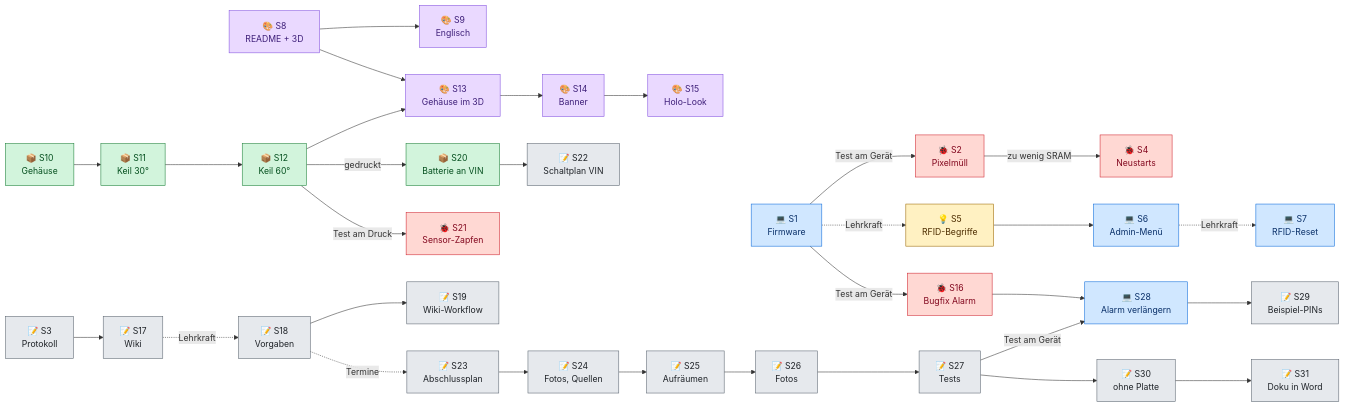
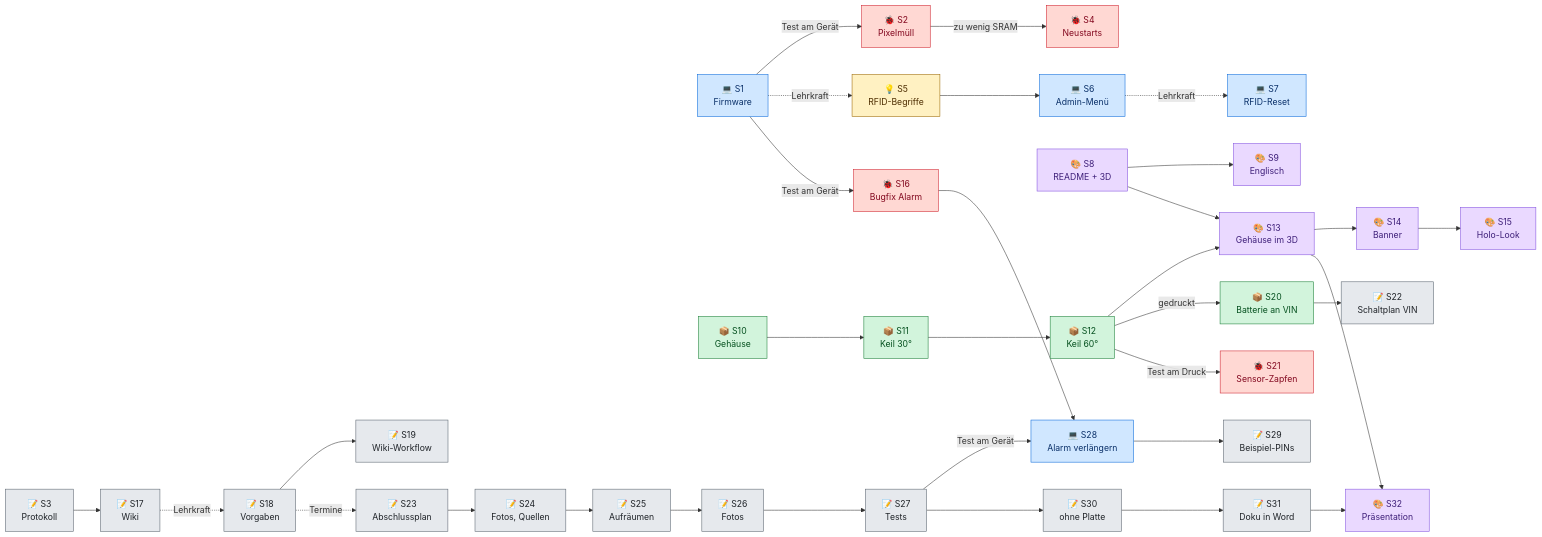
One commit to BBZ-AIFS51/LF7-Projekt_GAS changed the second of 3 diagrams in wiki/Entwicklungsverlauf.md. Above: the diagram before and after it, drawn with Mermaid. The commit also changed other lines of this file and 27 other files, not shown here.

````diff
--- a/wiki/Entwicklungsverlauf.md
+++ b/wiki/Entwicklungsverlauf.md
@@ -70,67 +71,69 @@
 ```mermaid
 flowchart LR
     P1["💻 S1<br/>Firmware"]
     P2["🐞 S2<br/>Pixelmüll"]
     P3["📝 S3<br/>Protokoll"]
     P4["🐞 S4<br/>Neustarts"]
     P5["💡 S5<br/>RFID-Begriffe"]
     P6["💻 S6<br/>Admin-Menü"]
     P7["💻 S7<br/>RFID-Reset"]
     P8["🎨 S8<br/>README + 3D"]
     P9["🎨 S9<br/>Englisch"]
     P10["📦 S10<br/>Gehäuse"]
     P11["📦 S11<br/>Keil 30°"]
     P12["📦 S12<br/>Keil 60°"]
     P13["🎨 S13<br/>Gehäuse im 3D"]
     P14["🎨 S14<br/>Banner"]
     P15["🎨 S15<br/>Holo-Look"]
     P16["🐞 S16<br/>Bugfix Alarm"]
     P17["📝 S17<br/>Wiki"]
     P18["📝 S18<br/>Vorgaben"]
     P19["📝 S19<br/>Wiki-Workflow"]
     P20["📦 S20<br/>Batterie an VIN"]
     P21["🐞 S21<br/>Sensor-Zapfen"]
     P22["📝 S22<br/>Schaltplan VIN"]
     P23["📝 S23<br/>Abschlussplan"]
     P24["📝 S24<br/>Fotos, Quellen"]
     P25["📝 S25<br/>Aufräumen"]
     P26["📝 S26<br/>Fotos"]
     P27["📝 S27<br/>Tests"]
     P28["💻 S28<br/>Alarm verlängern"]
     P29["📝 S29<br/>Beispiel-PINs"]
     P30["📝 S30<br/>ohne Platte"]
     P31["📝 S31<br/>Doku in Word"]
+    P32["🎨 S32<br/>Präsentation"]
 
     P1 -- "Test am Gerät" --> P2 -- "zu wenig SRAM" --> P4
     P1 -. "Lehrkraft" .-> P5 --> P6
     P6 -. "Lehrkraft" .-> P7
     P1 -- "Test am Gerät" --> P16
     P8 --> P9
     P8 --> P13
     P10 --> P11 --> P12 --> P13
     P12 -- "gedruckt" --> P20
     P12 -- "Test am Druck" --> P21
     P20 --> P22
     P13 --> P14 --> P15
     P3 --> P17
     P17 -. "Lehrkraft" .-> P18
     P18 --> P19
     P18 -. "Termine" .-> P23
     P23 --> P24 --> P25 --> P26 --> P27
     P16 --> P28
     P27 -- "Test am Gerät" --> P28 --> P29
-    P27 --> P30 --> P31
+    P27 --> P30 --> P31 --> P32
+    P13 --> P32
 
     classDef fw fill:#d0e7ff,stroke:#0969da,color:#0a3069
     classDef bug fill:#ffd8d3,stroke:#cf222e,color:#82071e
     classDef info fill:#fff1c2,stroke:#9a6700,color:#4d2d00
     classDef vis fill:#ead9ff,stroke:#8250df,color:#3e1f79
     classDef box fill:#d2f4dc,stroke:#1a7f37,color:#044f1e
     classDef doc fill:#e6e9ed,stroke:#59636e,color:#1f2328
     class P1,P6,P7,P28 fw
     class P2,P4,P16,P21 bug
     class P5 info
-    class P8,P9,P13,P14,P15 vis
+    class P8,P9,P13,P14,P15,P32 vis
     class P10,P11,P12,P20 box
     class P3,P17,P18,P19,P22,P23,P24,P25,P26,P27,P29,P30,P31 doc
 ```
````
